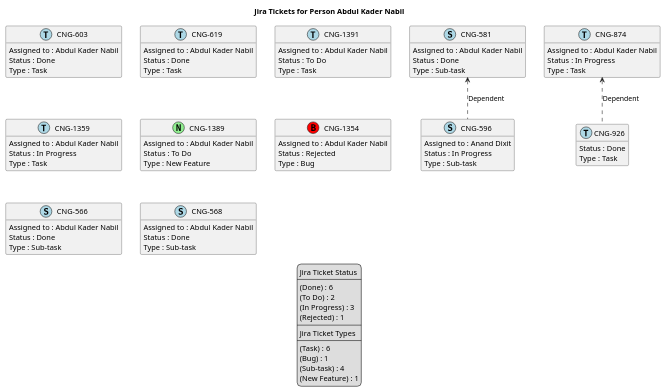
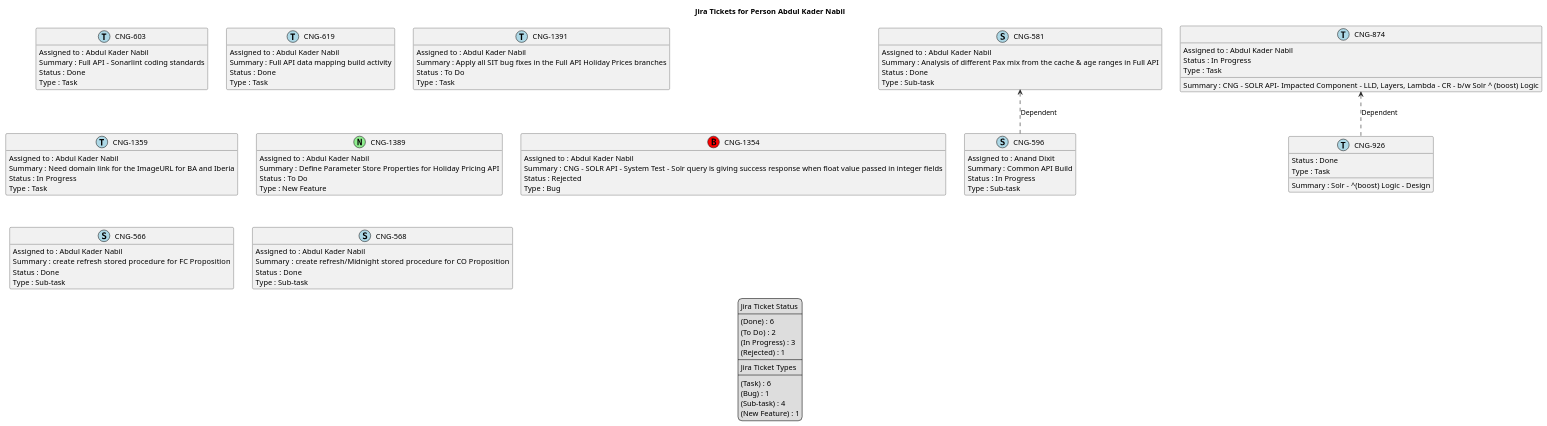
Before and after one commit to brunasti/jiraplotter: the diagram in temp/jira-Person-Abdul_Kader_Nabil.puml, drawn with PlantUML. The commit also changed 90 other files, not shown here.

```diff
--- a/temp/jira-Person-Abdul_Kader_Nabil.puml
+++ b/temp/jira-Person-Abdul_Kader_Nabil.puml
@@ -1,106 +1,118 @@
 @startuml
 'https://plantuml.com/class-diagram
 
 ' GENERATE CLASS DIAGRAM ===========
-' Generated at    : Tue Apr 23 13:28:09 CEST 2024
+' Generated at    : Fri May 03 10:09:59 CEST 2024
 
 title Jira Tickets for Person Abdul Kader Nabil
 hide empty members
 
 legend
 Jira Ticket Status
 ----
 (Done) : 6
 (To Do) : 2
 (In Progress) : 3
 (Rejected) : 1
 ----
 Jira Ticket Types
 ----
 (Task) : 6
 (Bug) : 1
 (Sub-task) : 4
 (New Feature) : 1
 end legend
 
 
 ' Tickets =======
 class "CNG-603" << (T,lightblue) >> {
   Assigned to : Abdul Kader Nabil
+  Summary : Full API - Sonarlint coding standards 
   Status : Done
   Type : Task
 }
 
 class "CNG-581" << (S,lightblue) >> {
   Assigned to : Abdul Kader Nabil
+  Summary : Analysis of different Pax mix from the cache & age ranges in Full API
   Status : Done
   Type : Sub-task
 }
 
 class "CNG-619" << (T,lightblue) >> {
   Assigned to : Abdul Kader Nabil
+  Summary : Full API data mapping build activity 
   Status : Done
   Type : Task
 }
 
 class "CNG-926" << (T,lightblue) >> {
+  Summary : Solr - ^(boost) Logic - Design
   Status : Done
   Type : Task
 }
 
 class "CNG-1391" << (T,lightblue) >> {
   Assigned to : Abdul Kader Nabil
+  Summary : Apply all SIT bug fixes in the Full API Holiday Prices branches
   Status : To Do
   Type : Task
 }
 
 class "CNG-596" << (S,lightblue) >> {
   Assigned to : Anand Dixit
+  Summary : Common API Build
   Status : In Progress
   Type : Sub-task
 }
 
 class "CNG-1359" << (T,lightblue) >> {
   Assigned to : Abdul Kader Nabil
+  Summary : Need domain link for the ImageURL for BA and Iberia
   Status : In Progress
   Type : Task
 }
 
 class "CNG-1389" << (N,lightgreen) >> {
   Assigned to : Abdul Kader Nabil
+  Summary : Define Parameter Store Properties for Holiday Pricing API
   Status : To Do
   Type : New Feature
 }
 
 class "CNG-1354" << (B,red) >> {
   Assigned to : Abdul Kader Nabil
+  Summary : CNG - SOLR API - System Test - Solr query is giving success response when float value passed in integer fields 
   Status : Rejected
   Type : Bug
 }
 
 class "CNG-566" << (S,lightblue) >> {
   Assigned to : Abdul Kader Nabil
+  Summary :  create refresh stored procedure for FC Proposition
   Status : Done
   Type : Sub-task
 }
 
 class "CNG-874" << (T,lightblue) >> {
   Assigned to : Abdul Kader Nabil
+  Summary : CNG - SOLR API- Impacted Component - LLD, Layers, Lambda - CR - b/w Solr ^ (boost) Logic
   Status : In Progress
   Type : Task
 }
 
 class "CNG-568" << (S,lightblue) >> {
   Assigned to : Abdul Kader Nabil
+  Summary :  create refresh/Midnight stored procedure for CO Proposition
   Status : Done
   Type : Sub-task
 }
 
 
 
 ' Links =======
 "CNG-581" <.. "CNG-596" : Dependent
 "CNG-874" <.. "CNG-926" : Dependent
 
 
 @enduml
```
